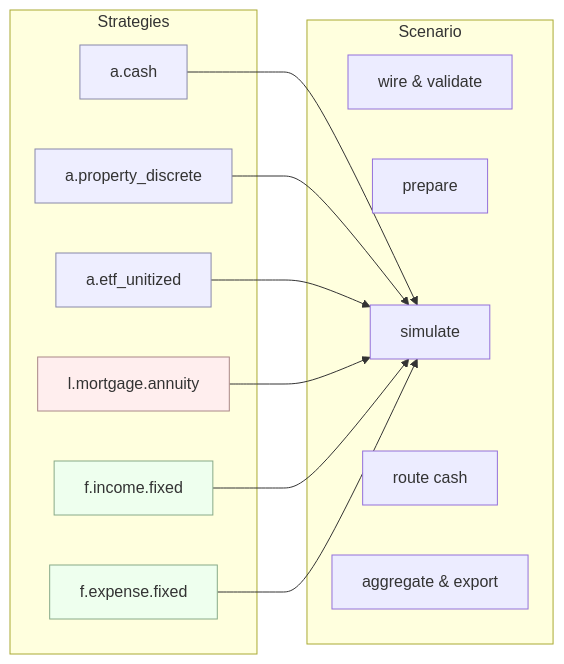
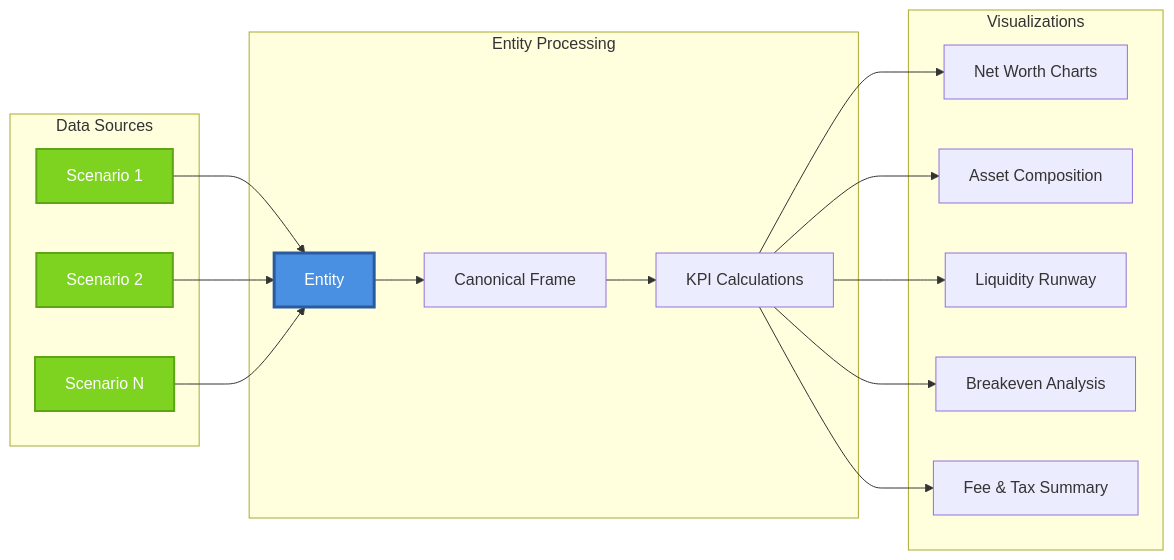
The third of 3 diagrams in README.md (didac-crst/finbricklab), drawn with Mermaid before and after one commit. The commit also changed other lines of this file and 11 other files, not shown here.

First line of the commit message:
feat: Implement Entity system for multi-scenario comparison and visualization

````diff
--- a/README.md
+++ b/README.md
@@ -70,30 +188,30 @@
 ```mermaid
 flowchart LR
-  subgraph Strategies
-    A[a.cash]:::asset
-    P[a.property_discrete]:::asset
-    E[a.etf_unitized]:::asset
-    M[l.mortgage.annuity]:::liability
-    FI[f.income.fixed]:::flow
-    FE[f.expense.fixed]:::flow
+  subgraph "Data Sources"
+    S1[Scenario 1]:::scenario
+    S2[Scenario 2]:::scenario
+    S3[Scenario N]:::scenario
   end
 
-  subgraph Scenario
-    S1[wire & validate]
-    S2[prepare]
-    S3[simulate]
-    S4[route cash]
-    S5[aggregate & export]
+  subgraph "Entity Processing"
+    E[Entity]:::entity
+    E --> CF[Canonical Frame]
+    CF --> KPI[KPI Calculations]
   end
 
-  A-->S3
-  P-->S3
-  E-->S3
-  M-->S3
-  FI-->S3
-  FE-->S3
+  subgraph "Visualizations"
+    KPI --> V1[Net Worth Charts]
+    KPI --> V2[Asset Composition]
+    KPI --> V3[Liquidity Runway]
+    KPI --> V4[Breakeven Analysis]
+    KPI --> V5[Fee & Tax Summary]
+  end
 
-  classDef asset fill:#eef,stroke:#88a;
-  classDef liability fill:#fee,stroke:#a88;
-  classDef flow fill:#efe,stroke:#8a8;
+  S1 --> E
+  S2 --> E
+  S3 --> E
+
+  classDef entity fill:#4a90e2,stroke:#2c5aa0,stroke-width:3px,color:#fff;
+  classDef scenario fill:#7ed321,stroke:#5ba517,stroke-width:2px,color:#fff;
+  classDef visualization fill:#f5a623,stroke:#d68910,stroke-width:2px,color:#fff;
 ```
````
